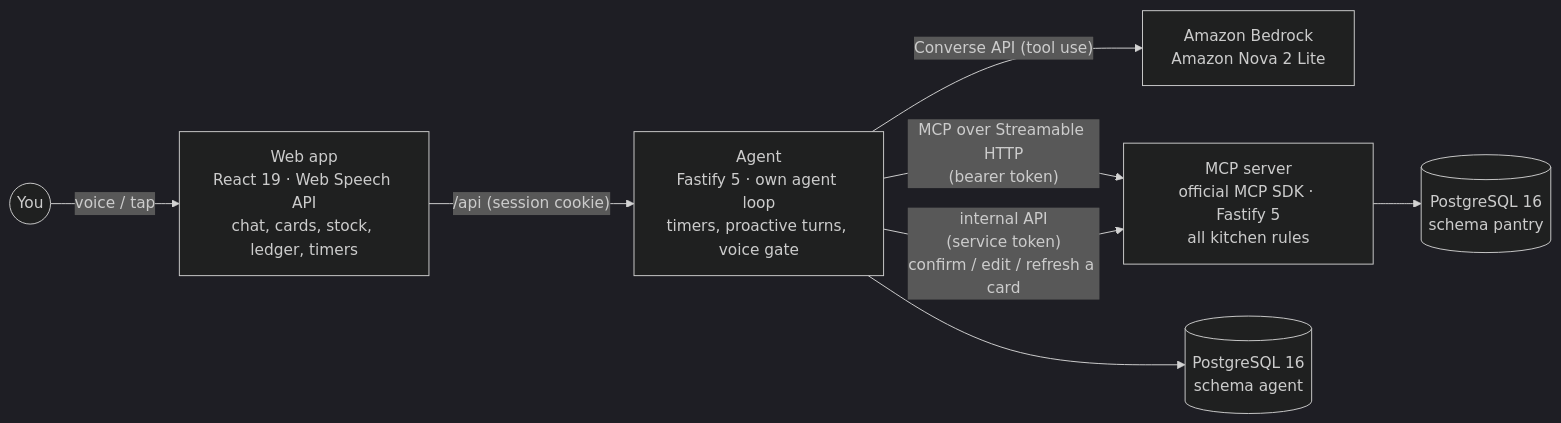
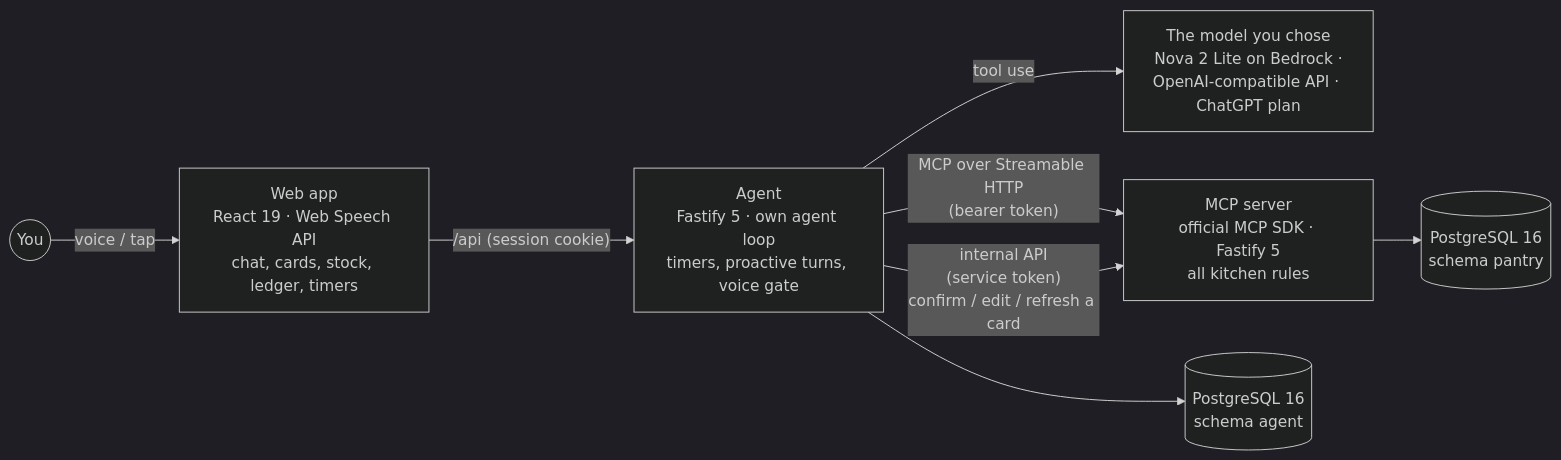
One commit to ShatterBloom/PantryMos changed the diagram in README.md. Above: the diagram before and after it, drawn with Mermaid (dark theme). The commit also changed other lines of this file, not shown here.

First line of the commit message:
Say the model is chosen in the app, not Bedrock by default

````diff
--- a/README.md
+++ b/README.md
@@ -85,10 +85,10 @@
 ```mermaid
 flowchart LR
     U(("You")) -- "voice / tap" --> W["Web app<br/>React 19 · Web Speech API<br/>chat, cards, stock, ledger, timers"]
     W -- "/api (session cookie)" --> A["Agent<br/>Fastify 5 · own agent loop<br/>timers, proactive turns, voice gate"]
-    A -- "Converse API (tool use)" --> B["Amazon Bedrock<br/>Amazon Nova 2 Lite"]
+    A -- "tool use" --> B["The model you chose<br/>Nova 2 Lite on Bedrock ·<br/>OpenAI-compatible API · ChatGPT plan"]
     A -- "MCP over Streamable HTTP<br/>(bearer token)" --> M["MCP server<br/>official MCP SDK · Fastify 5<br/>all kitchen rules"]
     A -- "internal API<br/>(service token)<br/>confirm / edit / refresh a card" --> M
     M --> P[("PostgreSQL 16<br/>schema pantry")]
     A --> Q[("PostgreSQL 16<br/>schema agent")]
 ```
````
